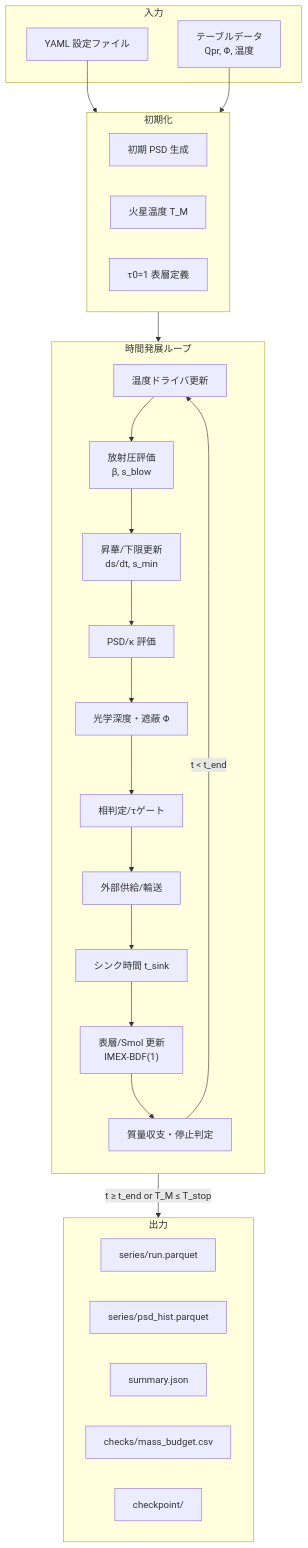
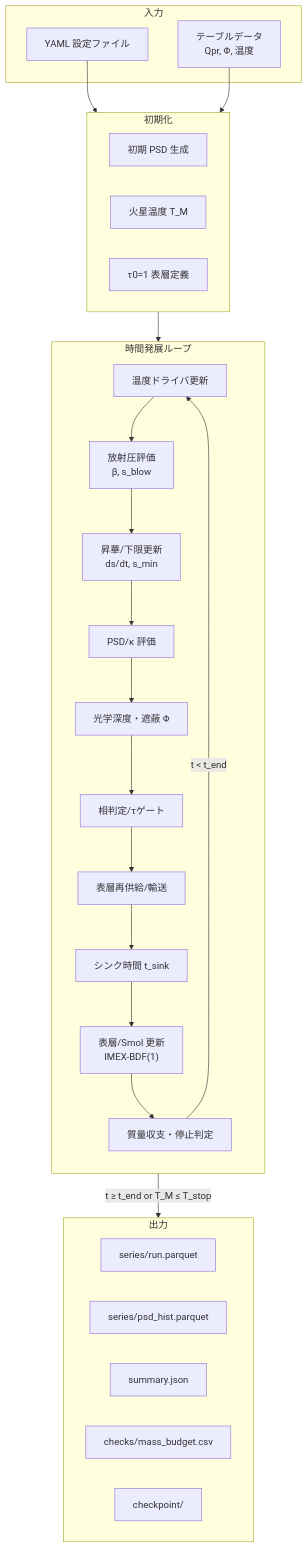
One commit to Einfeld686/MarsDiskSimulation changed the first of 7 diagrams in analysis/methods.md. Above: the diagram before and after it, drawn with Mermaid. The commit also changed other lines of this file and 1 other file, not shown here.

````diff
--- a/analysis/methods.md
+++ b/analysis/methods.md
@@ -64,42 +64,42 @@
 ```mermaid
 flowchart TB
     subgraph INPUT["入力"]
         CONFIG["YAML 設定ファイル"]
         TABLES["テーブルデータ<br/>Qpr, Φ, 温度"]
     end
 
     subgraph INIT["初期化"]
         PSD0["初期 PSD 生成"]
         TEMP0["火星温度 T_M"]
         TAU1["τ0=1 表層定義"]
     end
 
     subgraph LOOP["時間発展ループ"]
         direction TB
         DRIVER["温度ドライバ更新"]
         RAD["放射圧評価<br/>β, s_blow"]
         SUBL["昇華/下限更新<br/>ds/dt, s_min"]
         PSDSTEP["PSD/κ 評価"]
         SHIELD["光学深度・遮蔽 Φ"]
         PHASE["相判定/τゲート"]
-        SUPPLY["外部供給/輸送"]
+        SUPPLY["表層再供給/輸送"]
         SINKTIME["シンク時間 t_sink"]
         EVOLVE["表層/Smol 更新<br/>IMEX-BDF(1)"]
         CHECK["質量収支・停止判定"]
     end
 
     subgraph OUTPUT["出力"]
         SERIES["series/run.parquet"]
         PSDHIST["series/psd_hist.parquet"]
         SUMMARY["summary.json"]
         BUDGET["checks/mass_budget.csv"]
         CKPT["checkpoint/"]
     end
 
     CONFIG --> INIT
     TABLES --> INIT
     INIT --> LOOP
     DRIVER --> RAD --> SUBL --> PSDSTEP --> SHIELD --> PHASE --> SUPPLY --> SINKTIME --> EVOLVE --> CHECK
     CHECK -->|"t < t_end"| DRIVER
     CHECK -->|"t ≥ t_end or T_M ≤ T_stop"| OUTPUT
 ```
````
